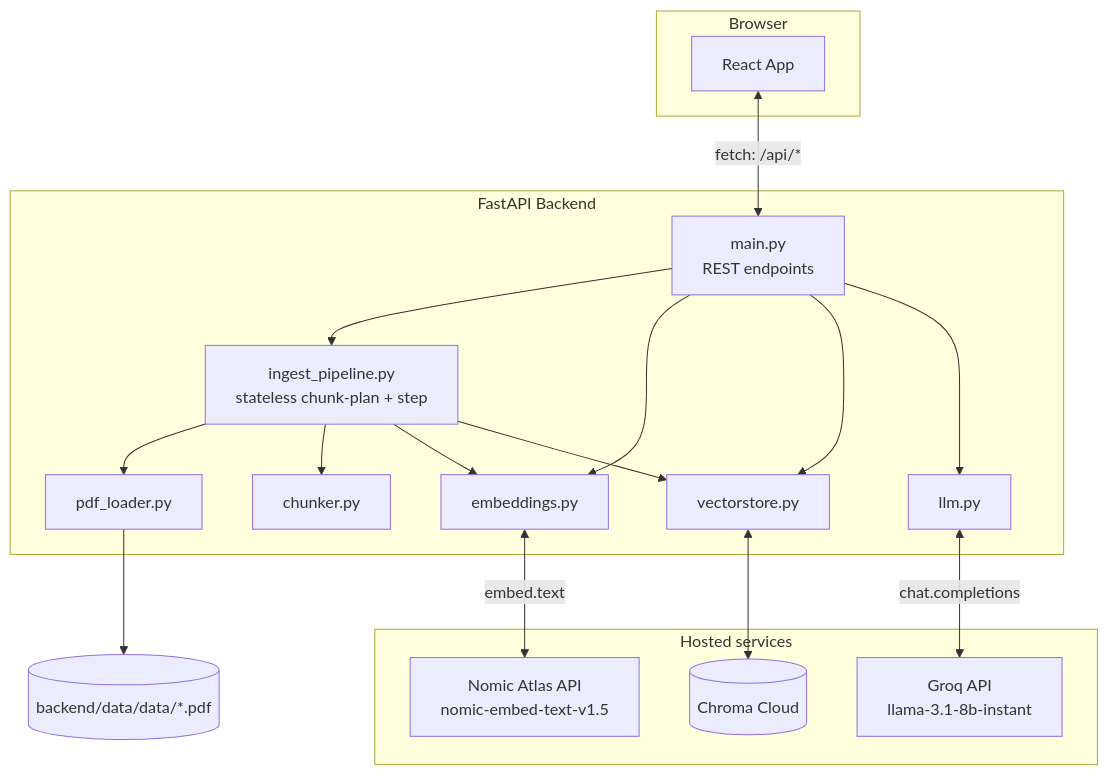
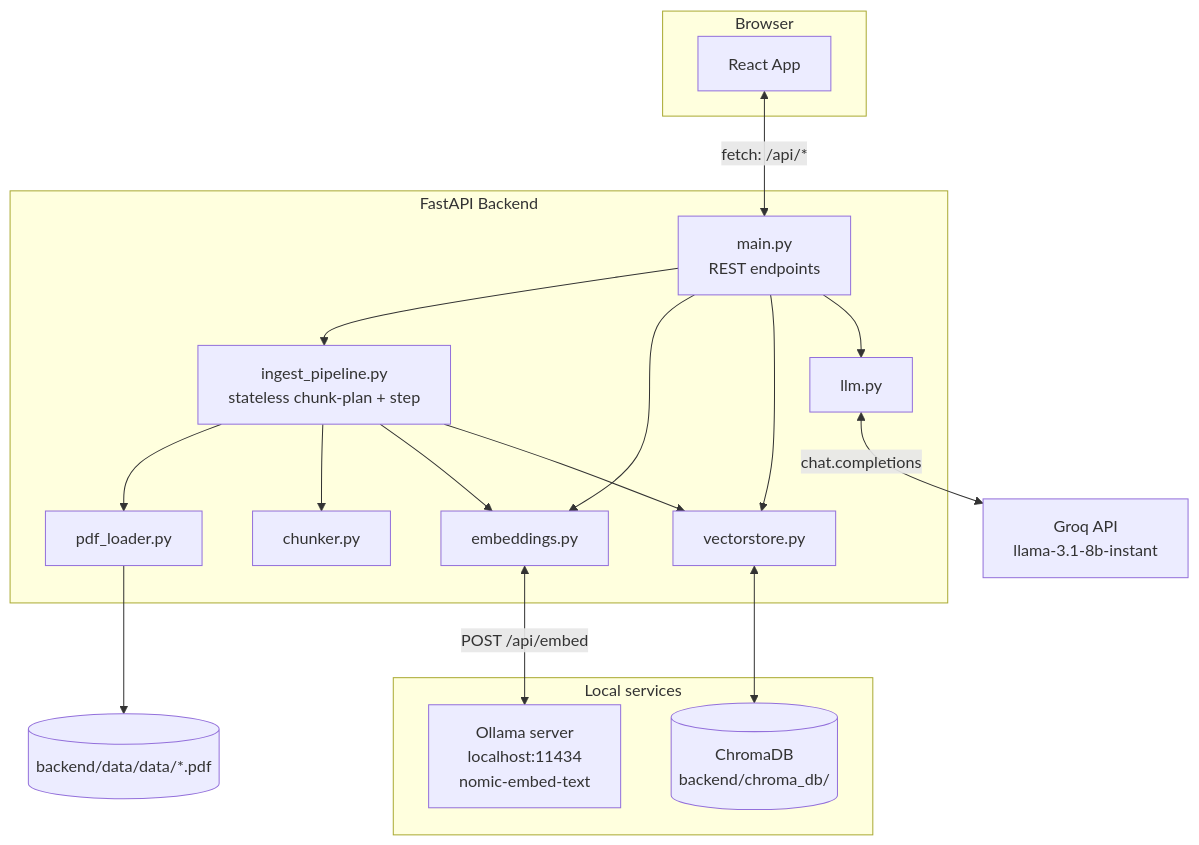
The first of 6 diagrams in Flow_Control.md (nitingawali27/rag-knowledge-explorer), drawn with Mermaid before and after one commit. The commit also changed other lines of this file and 14 other files, not shown here.

First line of the commit message:
Revert backend to local Ollama + local ChromaDB, drop Vercel deployment

````diff
--- a/Flow_Control.md
+++ b/Flow_Control.md
@@ -26,37 +26,38 @@
 ```mermaid
 flowchart TB
     subgraph Browser["Browser"]
         UI[React App]
     end
 
     subgraph Backend["FastAPI Backend"]
         API["main.py<br/>REST endpoints"]
         PIPE["ingest_pipeline.py<br/>stateless chunk-plan + step"]
         LOADER["pdf_loader.py"]
         CHUNKER["chunker.py"]
         EMBED["embeddings.py"]
         VSTORE["vectorstore.py"]
         LLM["llm.py"]
     end
 
-    subgraph Cloud["Hosted services"]
-        NOMIC["Nomic Atlas API<br/>nomic-embed-text-v1.5"]
-        CHROMA[("Chroma Cloud")]
-        GROQ["Groq API<br/>llama-3.1-8b-instant"]
+    subgraph Local["Local services"]
+        OLLAMA["Ollama server<br/>localhost:11434<br/>nomic-embed-text"]
+        CHROMA[("ChromaDB<br/>backend/chroma_db/")]
     end
+
+    GROQ["Groq API<br/>llama-3.1-8b-instant"]
 
     PDFS[("backend/data/data/*.pdf")]
 
     UI <-->|fetch: /api/*| API
     API --> PIPE
     PIPE --> LOADER --> PDFS
     PIPE --> CHUNKER
     PIPE --> EMBED
     API --> EMBED
-    EMBED <-->|embed.text| NOMIC
+    EMBED <-->|POST /api/embed| OLLAMA
     PIPE --> VSTORE
     API --> VSTORE
     VSTORE <--> CHROMA
     API --> LLM
     LLM <-->|chat.completions| GROQ
 ```
````
